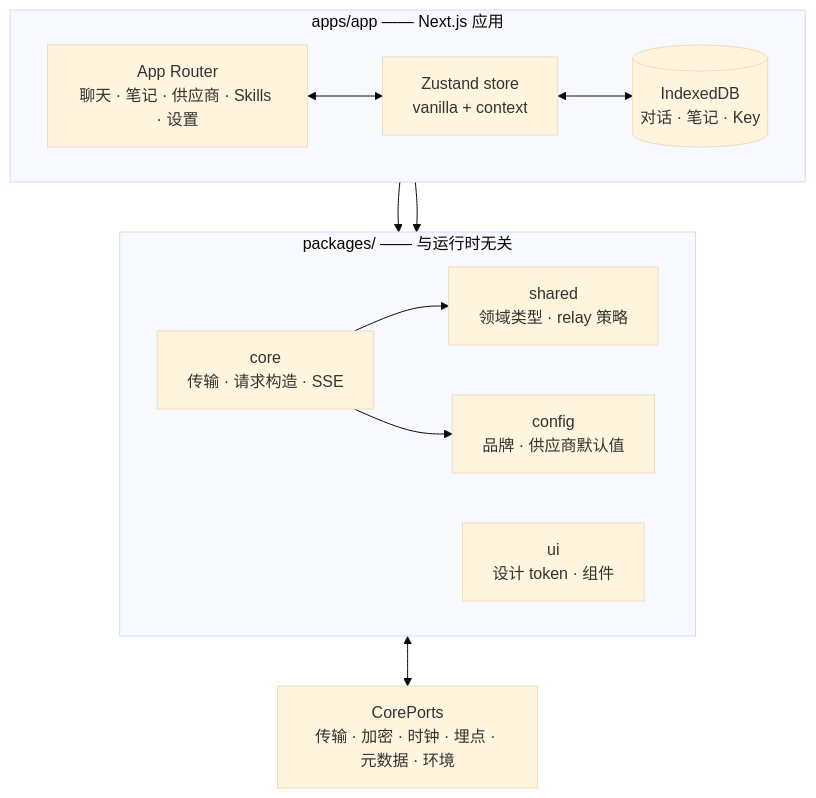
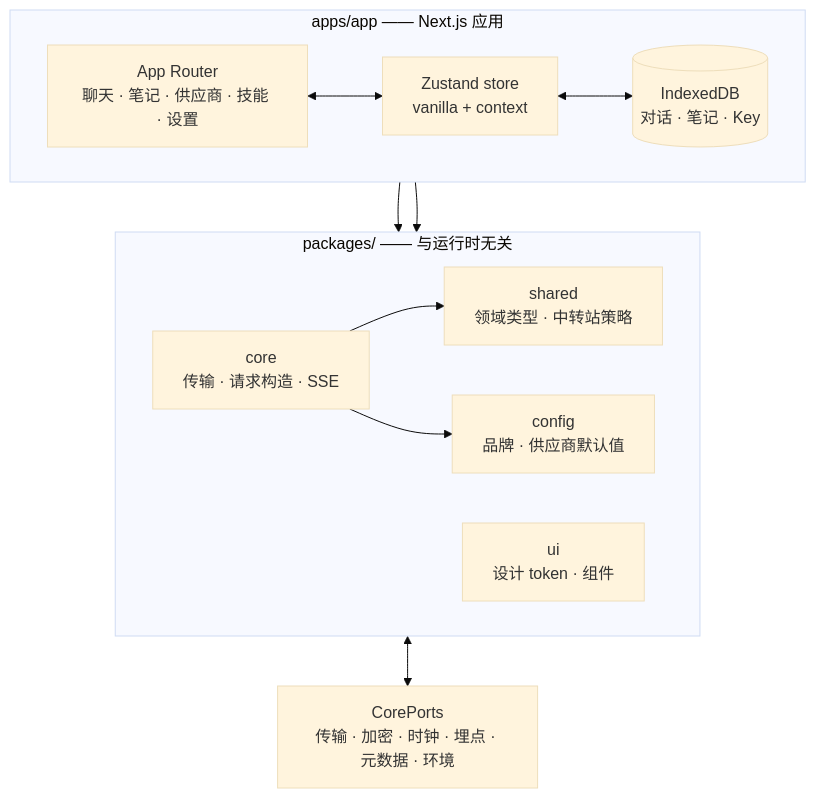
The second of 2 diagrams in readme_i18n/zh-Hans/web.md (oriveo/oriveo), drawn with Mermaid (base theme) before and after one commit. The commit also changed other lines of this file and 89 other files, not shown here.

````diff
--- a/readme_i18n/zh-Hans/web.md
+++ b/readme_i18n/zh-Hans/web.md
@@ -110,25 +111,25 @@
 ```mermaid
 flowchart TB
     subgraph app ["apps/app —— Next.js 应用"]
         direction LR
-        routes["App Router<br/>聊天 · 笔记 · 供应商 · Skills · 设置"]
+        routes["App Router<br/>聊天 · 笔记 · 供应商 · 技能 · 设置"]
         store["Zustand store<br/>vanilla + context"]
         idb[("IndexedDB<br/>对话 · 笔记 · Key")]
     end
 
     subgraph pkgs ["packages/ —— 与运行时无关"]
         direction LR
         core["core<br/>传输 · 请求构造 · SSE"]
-        shared["shared<br/>领域类型 · relay 策略"]
+        shared["shared<br/>领域类型 · 中转站策略"]
         ui["ui<br/>设计 token · 组件"]
         config["config<br/>品牌 · 供应商默认值"]
     end
 
     ports["CorePorts<br/>传输 · 加密 · 时钟 · 埋点 · 元数据 · 环境"]
 
     routes <--> store <--> idb
     store --> core
     core --> shared & config
     routes --> ui
     core <--> ports
 ```
````
